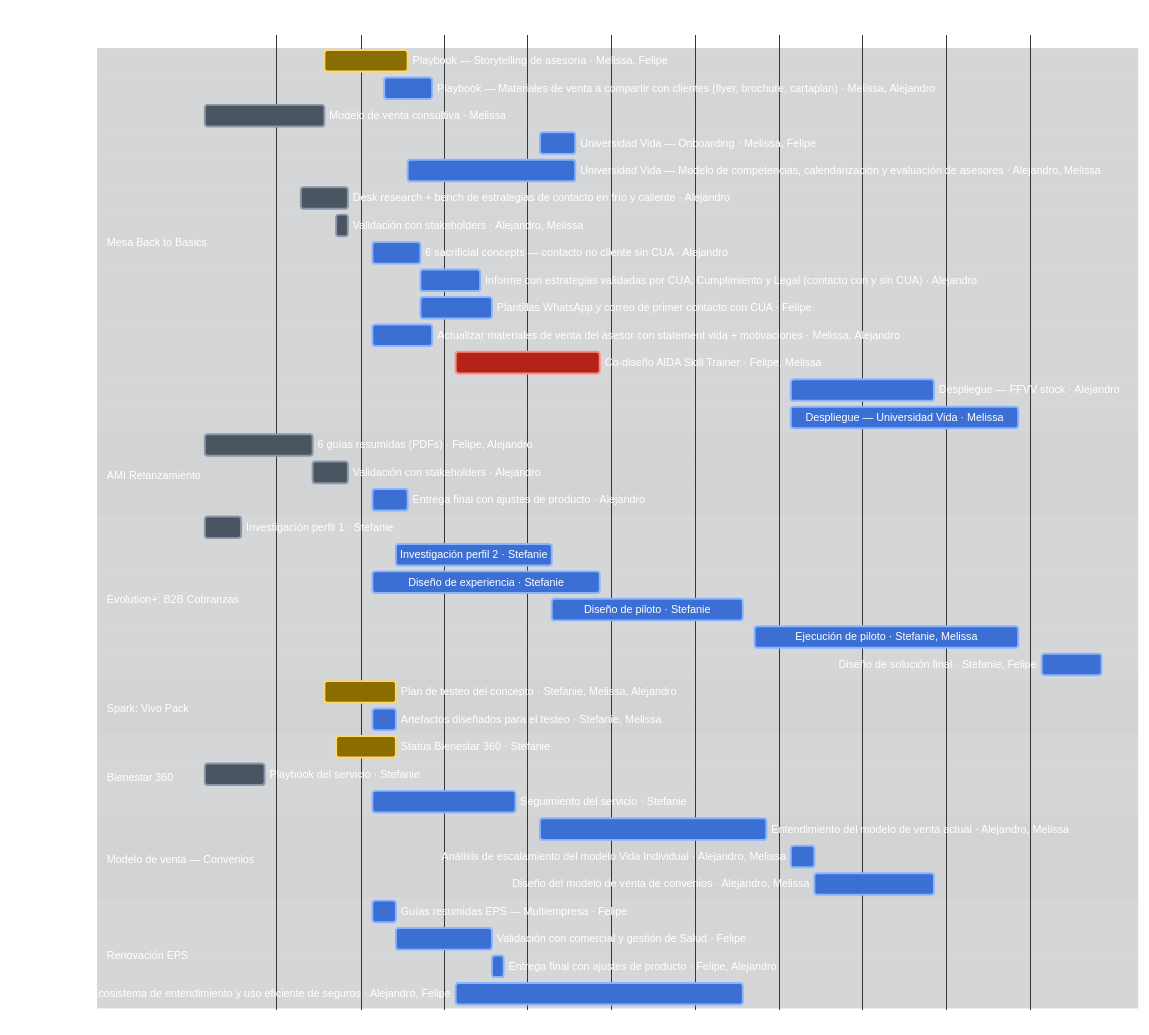
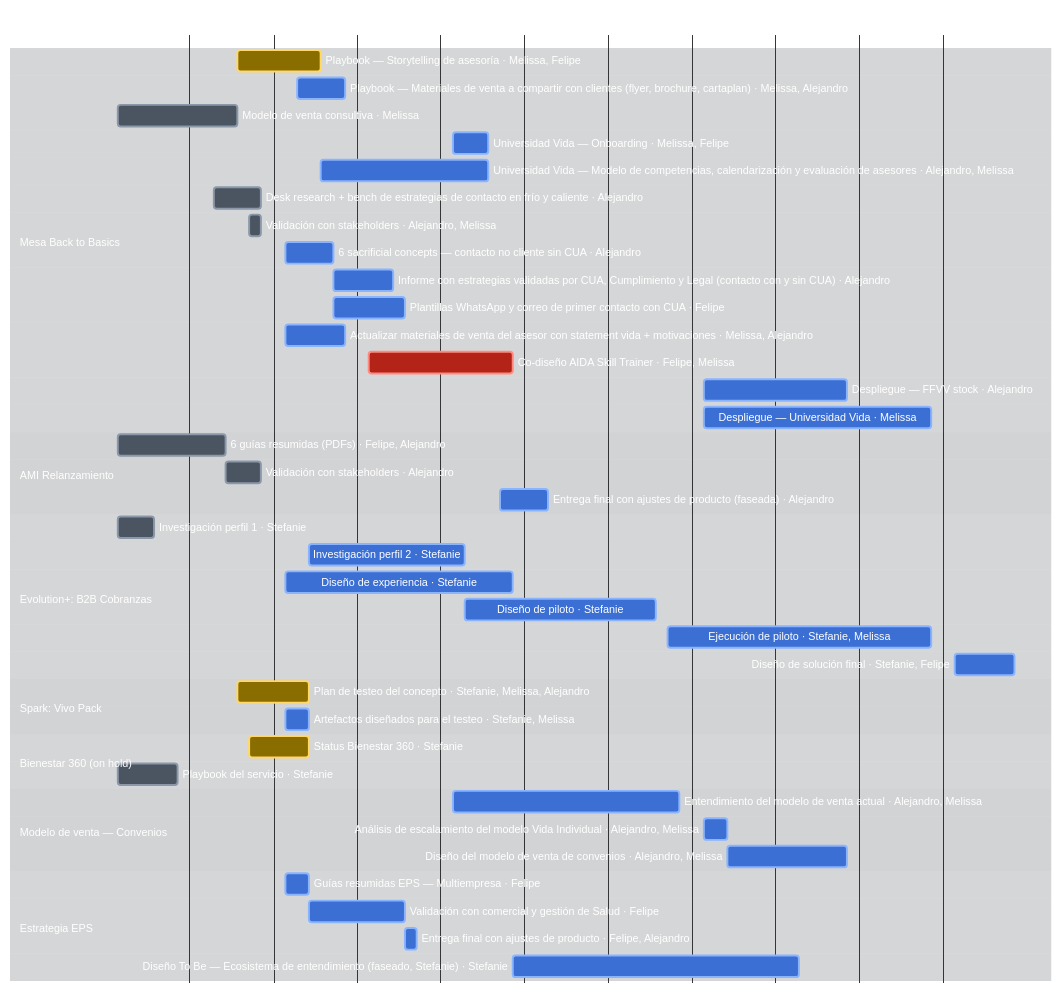
One commit to Rumipyramid/Machine_Learning changed the diagram in TABLERO_BEHOLDER.md. Above: the diagram before and after it, drawn with Mermaid. The commit also changed other lines of this file and 2 other files, not shown here.

````diff
--- a/TABLERO_BEHOLDER.md
+++ b/TABLERO_BEHOLDER.md
@@ -112,49 +116,48 @@
 ```mermaid
 %%{init: {"theme":"base","gantt":{"barHeight":22,"barGap":6,"leftPadding":110},"themeVariables":{"fontSize":"13px","textColor":"#FFFFFF","titleColor":"#FFFFFF","sectionBkgColor":"#2D333B","altSectionBkgColor":"#22272E","sectionBkgColor2":"#2D333B","taskBkgColor":"#3B6FD4","taskBorderColor":"#8AB4FF","taskTextColor":"#FFFFFF","taskTextOutsideColor":"#FFFFFF","taskTextDarkColor":"#FFFFFF","taskTextClickableColor":"#FFFFFF","activeTaskBkgColor":"#8A6D00","activeTaskBorderColor":"#FFD866","doneTaskBkgColor":"#4A5561","doneTaskBorderColor":"#8B98A9","critBkgColor":"#B42318","critBorderColor":"#FF8A80","todayLineColor":"#FF6B6B","gridColor":"#8B98A9","excludeBkgColor":"#22272E"}}}%%
 gantt
   dateFormat YYYY-MM-DD
   axisFormat %d/%m
   title Roadmap Q3-2026 — Behavioral Design
   section Mesa Back to Basics
   Playbook — Storytelling de asesoría · Melissa, Felipe :active, 2026-07-02, 2026-07-09
   Playbook — Materiales de venta a compartir con clientes (flyer, brochure, cartaplan) · Melissa, Alejandro :2026-07-07, 2026-07-11
   Modelo de venta consultiva · Melissa :done, 2026-06-22, 2026-07-02
   Universidad Vida — Onboarding · Melissa, Felipe :2026-07-20, 2026-07-23
   Universidad Vida — Modelo de competencias, calendarización y evaluación de asesores · Alejandro, Melissa :2026-07-09, 2026-07-23
   Desk research + bench de estrategias de contacto en frío y caliente · Alejandro :done, 2026-06-30, 2026-07-04
   Validación con stakeholders · Alejandro, Melissa :done, 2026-07-03, 2026-07-04
   6 sacrificial concepts — contacto no cliente sin CUA · Alejandro :2026-07-06, 2026-07-10
   Informe con estrategias validadas por CUA, Cumplimiento y Legal (contacto con y sin CUA) · Alejandro :2026-07-10, 2026-07-15
   Plantillas WhatsApp y correo de primer contacto con CUA · Felipe :2026-07-10, 2026-07-16
   Actualizar materiales de venta del asesor con statement vida + motivaciones · Melissa, Alejandro :2026-07-06, 2026-07-11
   Co-diseño AIDA Skill Trainer · Felipe, Melissa :crit, 2026-07-13, 2026-07-25
   Despliegue — FFVV stock · Alejandro :2026-08-10, 2026-08-22
   Despliegue — Universidad Vida · Melissa :2026-08-10, 2026-08-29
   section AMI Relanzamiento
   6 guías resumidas (PDFs) · Felipe, Alejandro :done, 2026-06-22, 2026-07-01
   Validación con stakeholders · Alejandro :done, 2026-07-01, 2026-07-04
-  Entrega final con ajustes de producto · Alejandro :2026-07-06, 2026-07-09
+  Entrega final con ajustes de producto (faseada) · Alejandro :2026-07-24, 2026-07-28
   section Evolution+: B2B Cobranzas
   Investigación perfil 1 · Stefanie :done, 2026-06-22, 2026-06-25
   Investigación perfil 2 · Stefanie :2026-07-08, 2026-07-21
   Diseño de experiencia · Stefanie :2026-07-06, 2026-07-25
   Diseño de piloto · Stefanie :2026-07-21, 2026-08-06
   Ejecución de piloto · Stefanie, Melissa :2026-08-07, 2026-08-29
   Diseño de solución final · Stefanie, Felipe :2026-08-31, 2026-09-05
   section Spark: Vivo Pack
   Plan de testeo del concepto · Stefanie, Melissa, Alejandro :active, 2026-07-02, 2026-07-08
   Artefactos diseñados para el testeo · Stefanie, Melissa :2026-07-06, 2026-07-08
-  section Bienestar 360
+  section Bienestar 360 (on hold)
   Status Bienestar 360 · Stefanie :active, 2026-07-03, 2026-07-08
   Playbook del servicio · Stefanie :done, 2026-06-22, 2026-06-27
-  Seguimiento del servicio · Stefanie :2026-07-06, 2026-07-18
   section Modelo de venta — Convenios
   Entendimiento del modelo de venta actual · Alejandro, Melissa :2026-07-20, 2026-08-08
   Análisis de escalamiento del modelo Vida Individual · Alejandro, Melissa :2026-08-10, 2026-08-12
   Diseño del modelo de venta de convenios · Alejandro, Melissa :2026-08-12, 2026-08-22
-  section Renovación EPS
+  section Estrategia EPS
   Guías resumidas EPS — Multiempresa · Felipe :2026-07-06, 2026-07-08
   Validación con comercial y gestión de Salud · Felipe :2026-07-08, 2026-07-16
   Entrega final con ajustes de producto · Felipe, Alejandro :2026-07-16, 2026-07-17
-  Diseño To Be — Ecosistema de entendimiento y uso eficiente de seguros · Alejandro, Felipe :2026-07-13, 2026-08-06
+  Diseño To Be — Ecosistema de entendimiento (faseado, Stefanie) · Stefanie :2026-07-25, 2026-08-18
 ```
````
